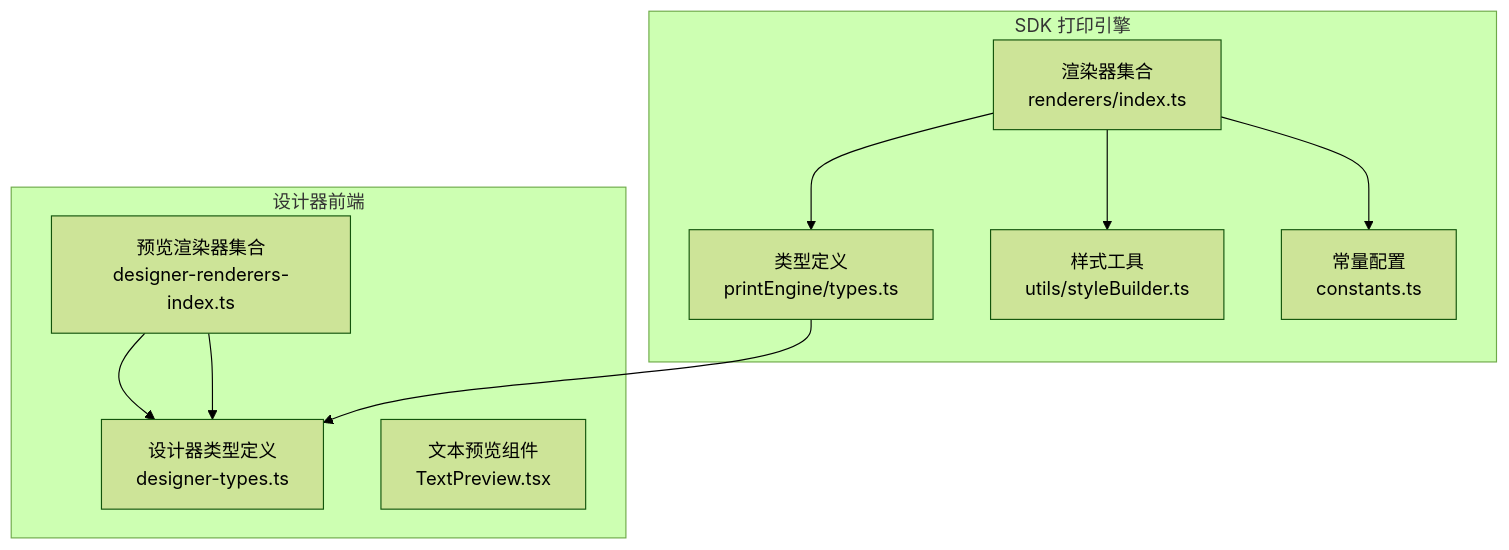
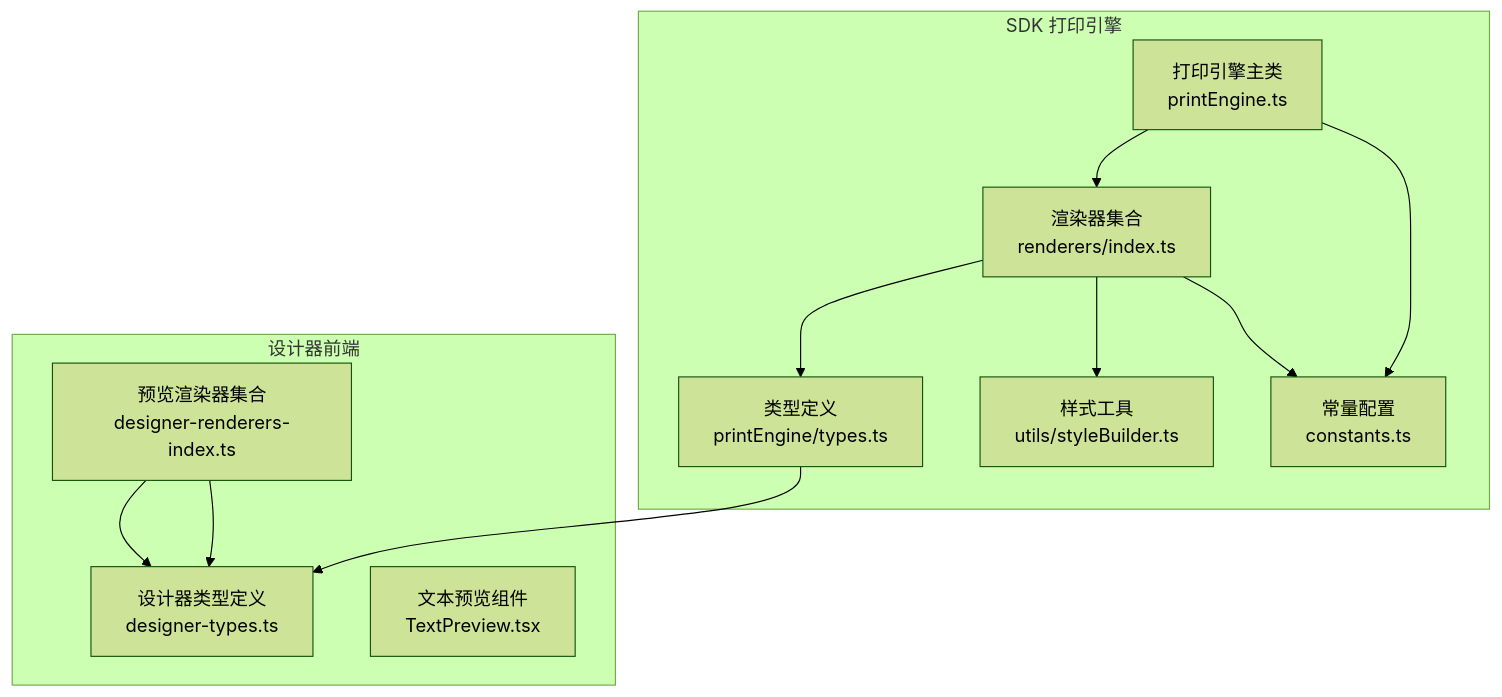
One commit to joker-yjc/printer changed the first of 9 diagrams in .qoder/repowiki/zh/content/组件系统详解/组件系统详解.md. Above: the diagram before and after it, drawn with Mermaid (forest theme). The commit also changed other lines of this file and 56 other files, not shown here.

````diff
--- a/.qoder/repowiki/zh/content/组件系统详解/组件系统详解.md
+++ b/.qoder/repowiki/zh/content/组件系统详解/组件系统详解.md
@@ -42,20 +50,23 @@
 ```mermaid
 graph TB
 subgraph "SDK 打印引擎"
 R["渲染器集合<br/>renderers/index.ts"]
 T["类型定义<br/>printEngine/types.ts"]
 U["样式工具<br/>utils/styleBuilder.ts"]
 C["常量配置<br/>constants.ts"]
+E["打印引擎主类<br/>printEngine.ts"]
 end
 subgraph "设计器前端"
 PR["预览渲染器集合<br/>designer-renderers-index.ts"]
 PT["设计器类型定义<br/>designer-types.ts"]
 TP["文本预览组件<br/>TextPreview.tsx"]
 end
 R --> T
 R --> U
 R --> C
 PR --> PT
 PR --> PT
 T --> PT
+E --> R
+E --> C
 ```
````
